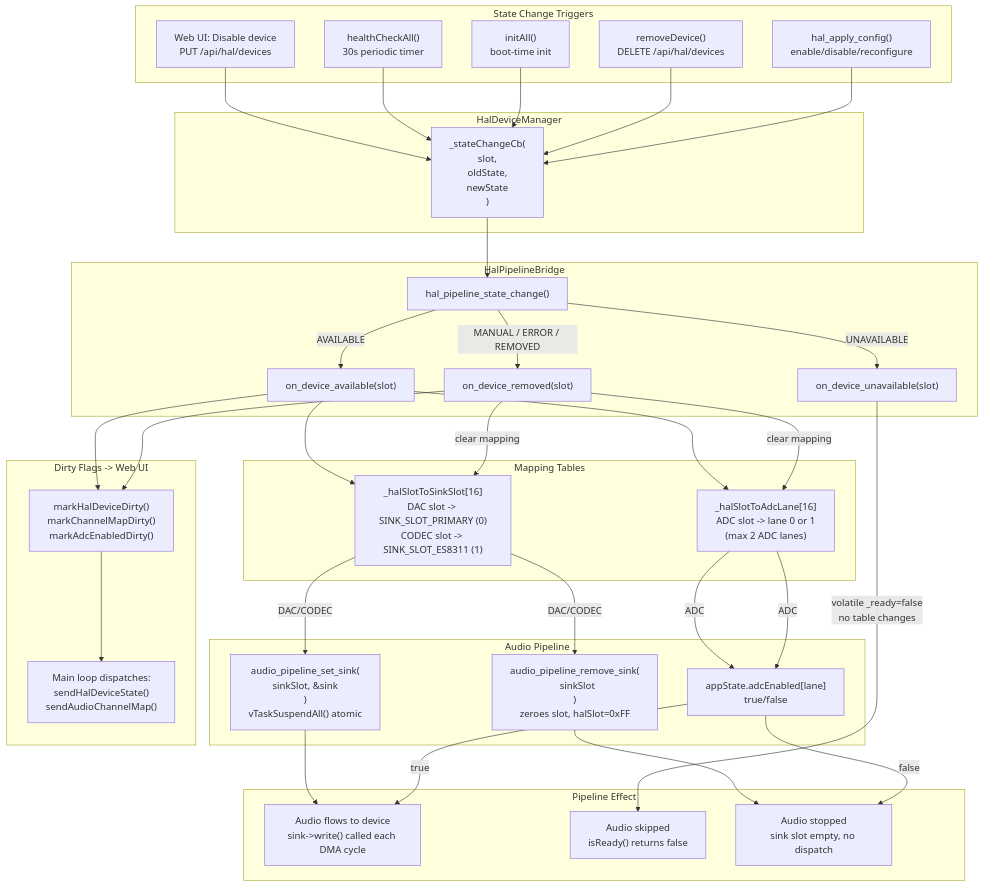
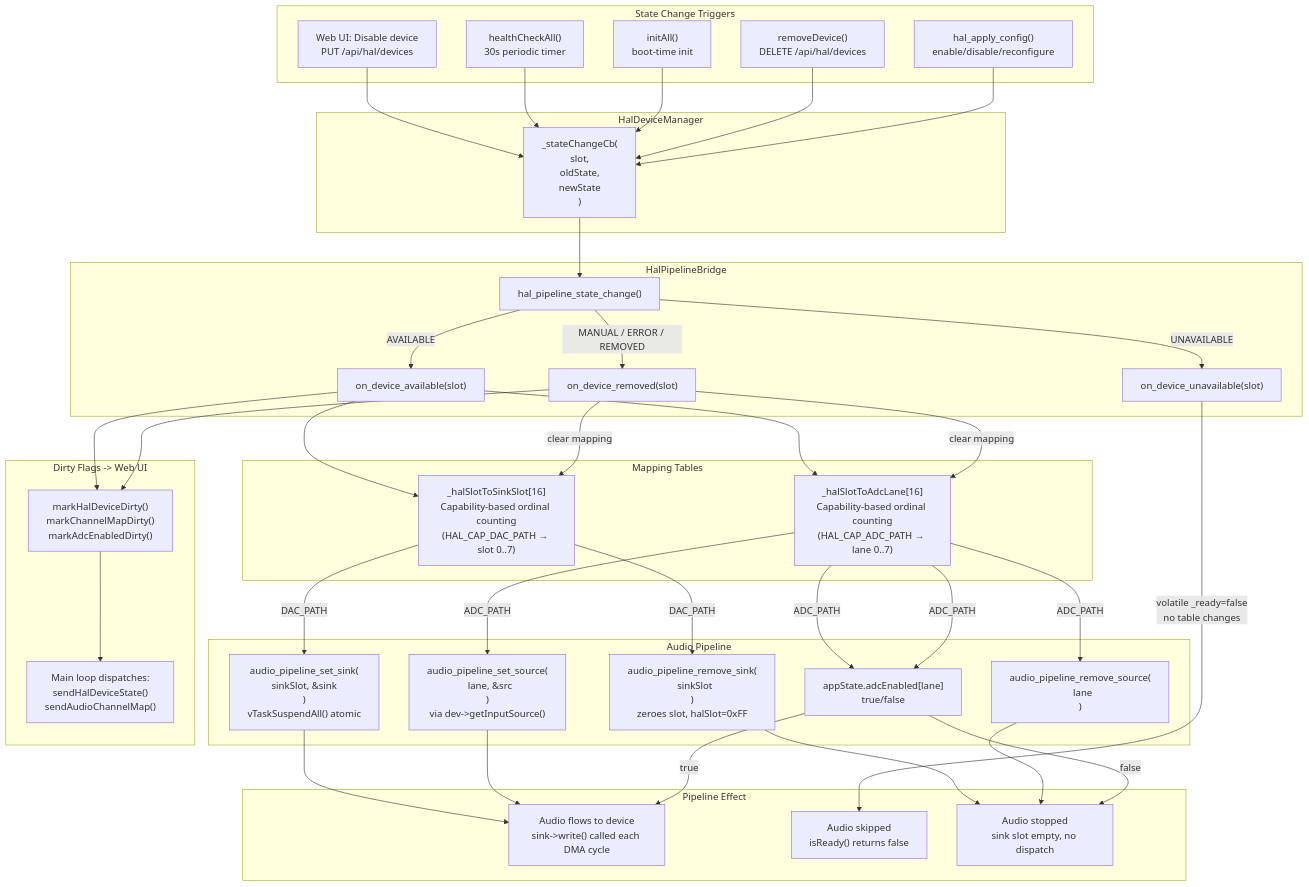
One commit to Schmackos/ALX_Nova_Controller_2 changed the diagram in docs/architecture/hal-pipeline-bridge.mmd. Above: the diagram before and after it, drawn with Mermaid. The commit also changed 40 other files, not shown here.

First line of the commit message:
feat: HAL single source of truth — Phases 0-6

```diff
--- a/docs/architecture/hal-pipeline-bridge.mmd
+++ b/docs/architecture/hal-pipeline-bridge.mmd
@@ -1,83 +1,89 @@
 %% HAL-Pipeline Bridge — State Change to Audio Effect
 %% Shows the complete callback chain from device state change to pipeline action
 
 flowchart TB
     subgraph triggers["State Change Triggers"]
         T1["Web UI: Disable device\nPUT /api/hal/devices"]
         T2["healthCheckAll()\n30s periodic timer"]
         T3["initAll()\nboot-time init"]
         T4["removeDevice()\nDELETE /api/hal/devices"]
         T5["hal_apply_config()\nenable/disable/reconfigure"]
     end
 
     subgraph manager["HalDeviceManager"]
         CB["_stateChangeCb(\n  slot,\n  oldState,\n  newState\n)"]
     end
 
     subgraph bridge["HalPipelineBridge"]
         SC["hal_pipeline_state_change()"]
         AVL["on_device_available(slot)"]
         UNV["on_device_unavailable(slot)"]
         REM["on_device_removed(slot)"]
     end
 
     subgraph tables["Mapping Tables"]
-        SINK_MAP["_halSlotToSinkSlot[16]\nDAC slot -> SINK_SLOT_PRIMARY (0)\nCODEC slot -> SINK_SLOT_ES8311 (1)"]
-        ADC_MAP["_halSlotToAdcLane[16]\nADC slot -> lane 0 or 1\n(max 2 ADC lanes)"]
+        SINK_MAP["_halSlotToSinkSlot[16]\nCapability-based ordinal counting\n(HAL_CAP_DAC_PATH → slot 0..7)"]
+        ADC_MAP["_halSlotToAdcLane[16]\nCapability-based ordinal counting\n(HAL_CAP_ADC_PATH → lane 0..7)"]
     end
 
     subgraph pipeline["Audio Pipeline"]
         SET["audio_pipeline_set_sink(\n  sinkSlot, &sink\n)\nvTaskSuspendAll() atomic"]
         RMV["audio_pipeline_remove_sink(\n  sinkSlot\n)\nzeroes slot, halSlot=0xFF"]
+        SRC_SET["audio_pipeline_set_source(\n  lane, &src\n)\nvia dev->getInputSource()"]
+        SRC_RMV["audio_pipeline_remove_source(\n  lane\n)"]
         ADC_EN["appState.adcEnabled[lane]\ntrue/false"]
     end
 
     subgraph output["Pipeline Effect"]
         FLOWS["Audio flows to device\nsink->write() called each DMA cycle"]
         SKIPS["Audio skipped\nisReady() returns false"]
         STOPS["Audio stopped\nsink slot empty, no dispatch"]
     end
 
     subgraph dirty["Dirty Flags -> Web UI"]
         DF["markHalDeviceDirty()\nmarkChannelMapDirty()\nmarkAdcEnabledDirty()"]
         WS["Main loop dispatches:\nsendHalDeviceState()\nsendAudioChannelMap()"]
     end
 
     %% Trigger -> Manager
     T1 --> CB
     T2 --> CB
     T3 --> CB
     T4 --> CB
     T5 --> CB
 
     %% Manager -> Bridge dispatcher
     CB --> SC
 
     %% Dispatcher routes by newState
     SC -->|"AVAILABLE"| AVL
     SC -->|"UNAVAILABLE"| UNV
     SC -->|"MANUAL / ERROR / REMOVED"| REM
 
     %% Available path
     AVL --> SINK_MAP
     AVL --> ADC_MAP
-    SINK_MAP -->|"DAC/CODEC"| SET
-    ADC_MAP -->|"ADC"| ADC_EN
+    SINK_MAP -->|"DAC_PATH"| SET
+    ADC_MAP -->|"ADC_PATH"| SRC_SET
+    ADC_MAP -->|"ADC_PATH"| ADC_EN
     SET --> FLOWS
+    SRC_SET --> FLOWS
     ADC_EN -->|"true"| FLOWS
 
     %% Unavailable path (no table changes)
     UNV -->|"volatile _ready=false\nno table changes"| SKIPS
 
     %% Removed path
     REM -->|"clear mapping"| SINK_MAP
     REM -->|"clear mapping"| ADC_MAP
-    SINK_MAP -->|"DAC/CODEC"| RMV
-    ADC_MAP -->|"ADC"| ADC_EN
+    SINK_MAP -->|"DAC_PATH"| RMV
+    ADC_MAP -->|"ADC_PATH"| SRC_RMV
+    ADC_MAP -->|"ADC_PATH"| ADC_EN
     RMV --> STOPS
+    SRC_RMV --> STOPS
     ADC_EN -->|"false"| STOPS
 
     %% Dirty flags
     AVL --> DF
     REM --> DF
     DF --> WS
```
